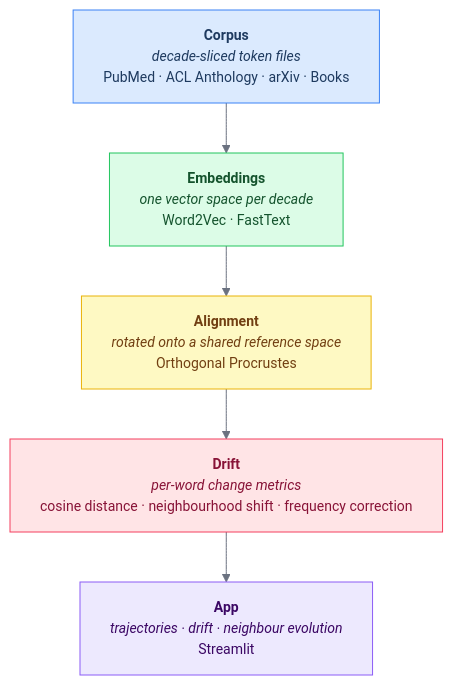
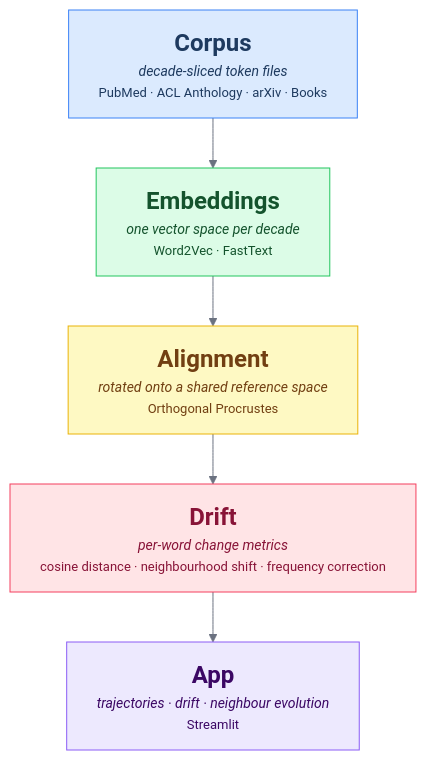
One commit to Dovalization/interpretant changed the diagram in README.md. Above: the diagram before and after it, drawn with Mermaid.

Commit message:
docs(readme): try font size tags for visual hierarchy in mermaid nodes

````diff
--- a/README.md
+++ b/README.md
@@ -46,17 +46,17 @@
 ```mermaid
 %%{init: {'theme': 'base', 'themeVariables': {'fontSize': '14px', 'lineColor': '#6b7280'}}}%%
 flowchart TD
     classDef corpus fill:#dbeafe,stroke:#3b82f6,color:#1e3a5f
     classDef embed  fill:#dcfce7,stroke:#22c55e,color:#14532d
     classDef align  fill:#fef9c3,stroke:#eab308,color:#713f12
     classDef drift  fill:#ffe4e6,stroke:#f43f5e,color:#881337
     classDef app    fill:#ede9fe,stroke:#8b5cf6,color:#3b0764
 
-    C["<b>Corpus</b><br/><i>decade-sliced&nbsp;token&nbsp;files</i><br/>PubMed&nbsp;·&nbsp;ACL&nbsp;Anthology&nbsp;·&nbsp;arXiv&nbsp;·&nbsp;Books"]:::corpus
-    E["<b>Embeddings</b><br/><i>one&nbsp;vector&nbsp;space&nbsp;per&nbsp;decade</i><br/>Word2Vec&nbsp;·&nbsp;FastText"]:::embed
-    A["<b>Alignment</b><br/><i>rotated&nbsp;onto&nbsp;a&nbsp;shared&nbsp;reference&nbsp;space</i><br/>Orthogonal&nbsp;Procrustes"]:::align
-    D["<b>Drift</b><br/><i>per-word&nbsp;change&nbsp;metrics</i><br/>cosine&nbsp;distance&nbsp;·&nbsp;neighbourhood&nbsp;shift&nbsp;·&nbsp;frequency&nbsp;correction"]:::drift
-    P["<b>App</b><br/><i>trajectories&nbsp;·&nbsp;drift&nbsp;·&nbsp;neighbour&nbsp;evolution</i><br/>Streamlit"]:::app
+    C["<b><font size=5>Corpus</font></b><br/><i>decade-sliced&nbsp;token&nbsp;files</i><br/><font size=2>PubMed&nbsp;·&nbsp;ACL&nbsp;Anthology&nbsp;·&nbsp;arXiv&nbsp;·&nbsp;Books</font>"]:::corpus
+    E["<b><font size=5>Embeddings</font></b><br/><i>one&nbsp;vector&nbsp;space&nbsp;per&nbsp;decade</i><br/><font size=2>Word2Vec&nbsp;·&nbsp;FastText</font>"]:::embed
+    A["<b><font size=5>Alignment</font></b><br/><i>rotated&nbsp;onto&nbsp;a&nbsp;shared&nbsp;reference&nbsp;space</i><br/><font size=2>Orthogonal&nbsp;Procrustes</font>"]:::align
+    D["<b><font size=5>Drift</font></b><br/><i>per-word&nbsp;change&nbsp;metrics</i><br/><font size=2>cosine&nbsp;distance&nbsp;·&nbsp;neighbourhood&nbsp;shift&nbsp;·&nbsp;frequency&nbsp;correction</font>"]:::drift
+    P["<b><font size=5>App</font></b><br/><i>trajectories&nbsp;·&nbsp;drift&nbsp;·&nbsp;neighbour&nbsp;evolution</i><br/><font size=2>Streamlit</font>"]:::app
 
     C --> E --> A --> D --> P
 ```
````
